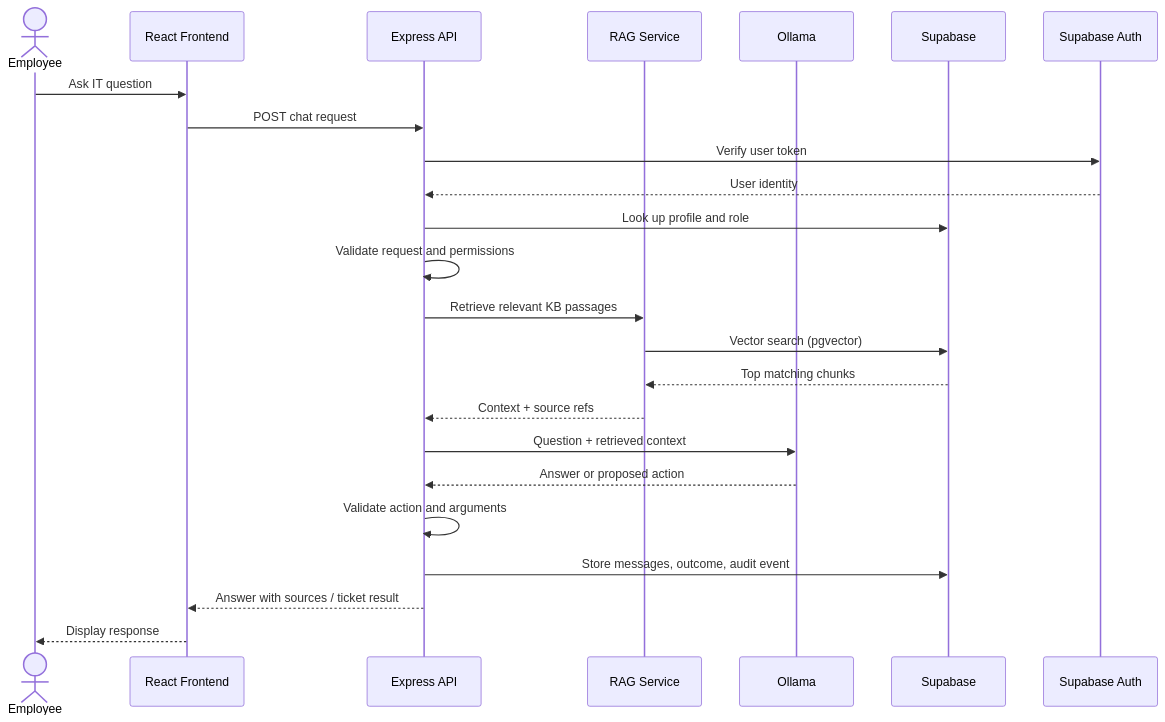
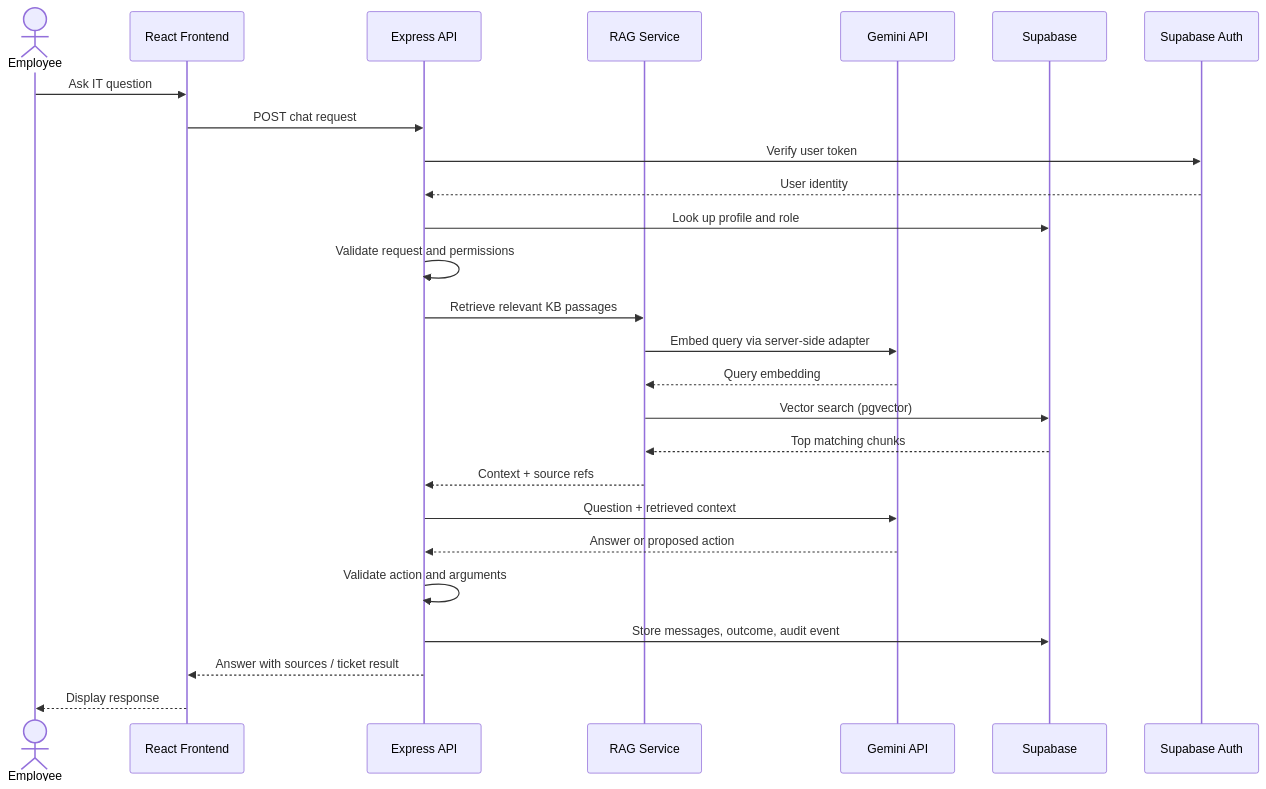
One commit to dlsud-submissions/elective-helpdesk-automation-system changed the second of 2 diagrams in docs/06-system-architecture.md. Above: the diagram before and after it, drawn with Mermaid. The commit also changed other lines of this file and 10 other files, not shown here.

Commit message:
docs: replace Ollama guidance with Gemini API

````diff
--- a/docs/06-system-architecture.md
+++ b/docs/06-system-architecture.md
@@ -32,27 +32,29 @@
 ```mermaid
 sequenceDiagram
     actor User as Employee
     participant FE as React Frontend
     participant API as Express API
     participant RAG as RAG Service
-    participant LLM as Ollama
+    participant LLM as Gemini API
     participant DB as Supabase
     participant AUTH as Supabase Auth
 
     User->>FE: Ask IT question
     FE->>API: POST chat request
     API->>AUTH: Verify user token
     AUTH-->>API: User identity
     API->>DB: Look up profile and role
     API->>API: Validate request and permissions
     API->>RAG: Retrieve relevant KB passages
+    RAG->>LLM: Embed query via server-side adapter
+    LLM-->>RAG: Query embedding
     RAG->>DB: Vector search (pgvector)
     DB-->>RAG: Top matching chunks
     RAG-->>API: Context + source refs
     API->>LLM: Question + retrieved context
     LLM-->>API: Answer or proposed action
     API->>API: Validate action and arguments
     API->>DB: Store messages, outcome, audit event
     API-->>FE: Answer with sources / ticket result
     FE-->>User: Display response
 ```
````
